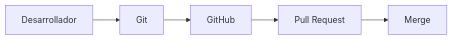
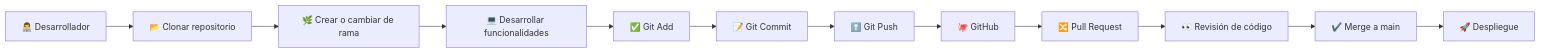
The diagram in docs/manuales/manual-tecnico.md (jhanslarico11/MKdocs), drawn with Mermaid before and after one commit. The commit also changed other lines of this file and 122 other files, not shown here.

````diff
--- a/docs/manuales/manual-tecnico.md
+++ b/docs/manuales/manual-tecnico.md
@@ -182,7 +182,14 @@
 ```mermaid
 flowchart LR
-A[Desarrollador] --> B[Git]
-B --> C[GitHub]
-C --> D[Pull Request]
-D --> E[Merge]
+    A[👨‍💻 Desarrollador] --> B[📂 Clonar repositorio]
+    B --> C[🌿 Crear o cambiar de rama]
+    C --> D[💻 Desarrollar funcionalidades]
+    D --> E[✅ Git Add]
+    E --> F[📝 Git Commit]
+    F --> G[⬆️ Git Push]
+    G --> H[🐙 GitHub]
+    H --> I[🔀 Pull Request]
+    I --> J[👀 Revisión de código]
+    J --> K[✔️ Merge a main]
+    K --> L[🚀 Despliegue]
 ```
````
